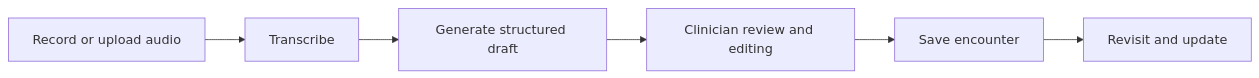
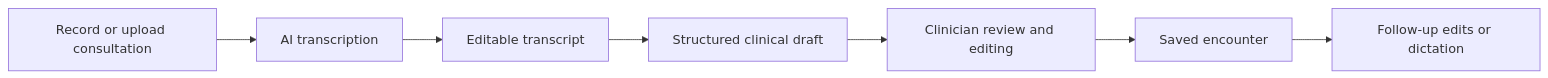
Before and after one commit to AhmadTariq-4090/ai-clinic-scribe-case-study: the first of 2 diagrams in README.md, drawn with Mermaid. The commit also changed other lines of this file and 2 other files, not shown here.

````diff
--- a/README.md
+++ b/README.md
@@ -23,8 +41,9 @@
 ```mermaid
 flowchart LR
-    A[Record or upload audio] --> B[Transcribe]
-    B --> C[Generate structured draft]
-    C --> D[Clinician review and editing]
-    D --> E[Save encounter]
-    E --> F[Revisit and update]
+    A[Record or upload consultation] --> B[AI transcription]
+    B --> C[Editable transcript]
+    C --> D[Structured clinical draft]
+    D --> E[Clinician review and editing]
+    E --> F[Saved encounter]
+    F --> G[Follow-up edits or dictation]
 ```
````
